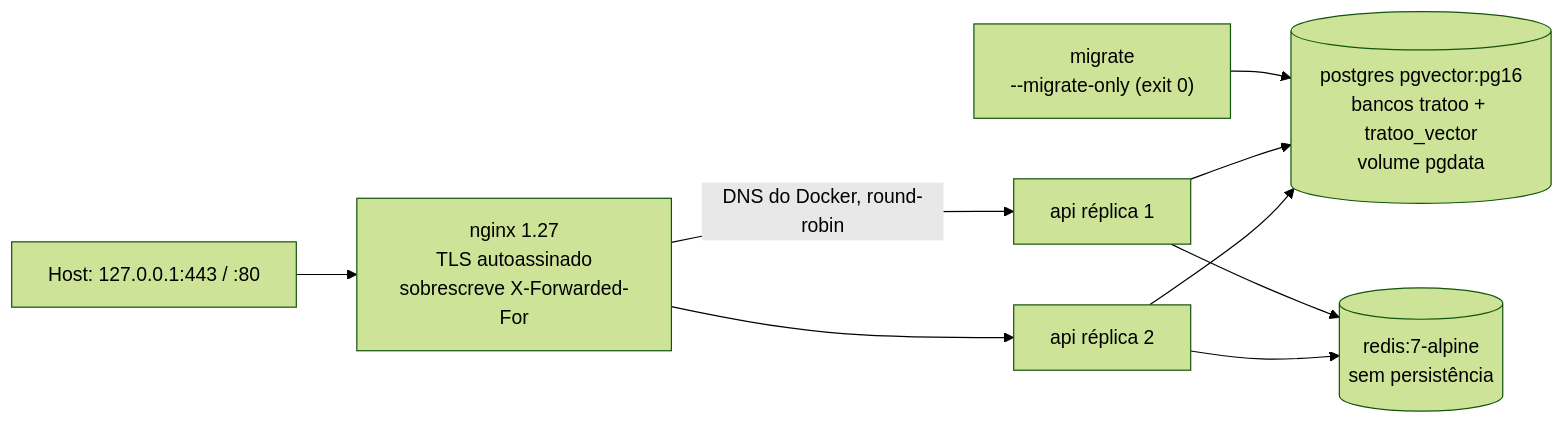
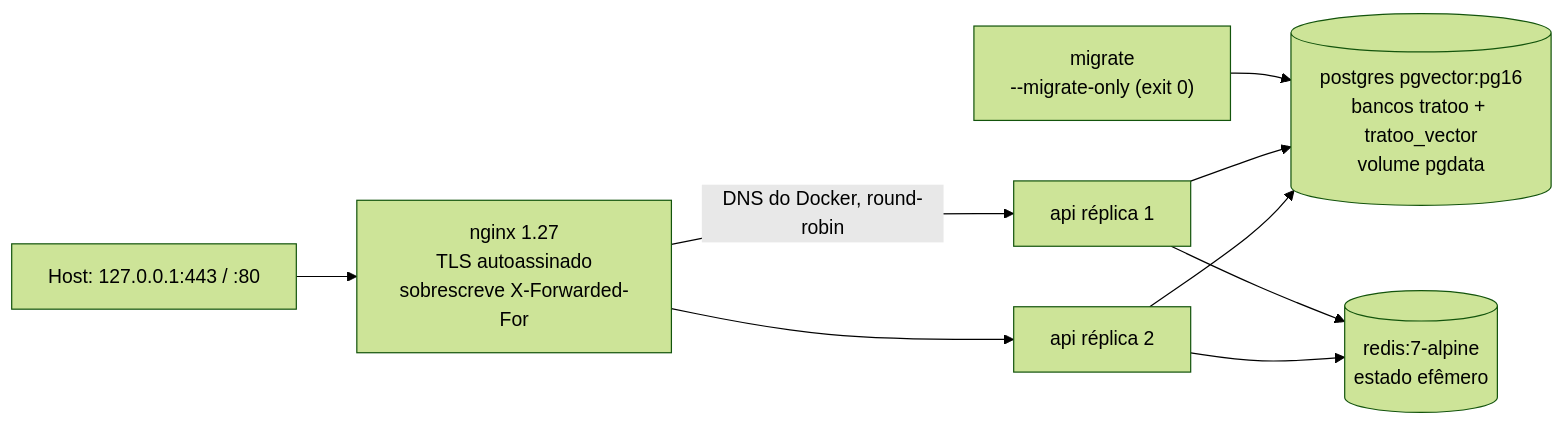
One commit to Gustavo-C-almeida/tratoo changed the seventh of 8 diagrams in Docs/ARQUITETURA.md. Above: the diagram before and after it, drawn with Mermaid (forest theme). The commit also changed other lines of this file, not shown here.

````diff
--- a/Docs/ARQUITETURA.md
+++ b/Docs/ARQUITETURA.md
@@ -598,11 +595,11 @@
 ```mermaid
 flowchart LR
     H["Host: 127.0.0.1:443 / :80"] --> NG["nginx 1.27<br/>TLS autoassinado<br/>sobrescreve X-Forwarded-For"]
     NG -->|"DNS do Docker, round-robin"| A1["api réplica 1"]
     NG --> A2["api réplica 2"]
     M["migrate<br/>--migrate-only (exit 0)"] --> PG
     A1 --> PG[("postgres pgvector:pg16<br/>bancos tratoo + tratoo_vector<br/>volume pgdata")]
     A2 --> PG
-    A1 --> RD[("redis:7-alpine<br/>sem persistência")]
+    A1 --> RD[("redis:7-alpine<br/>estado efêmero")]
     A2 --> RD
 ```
````
